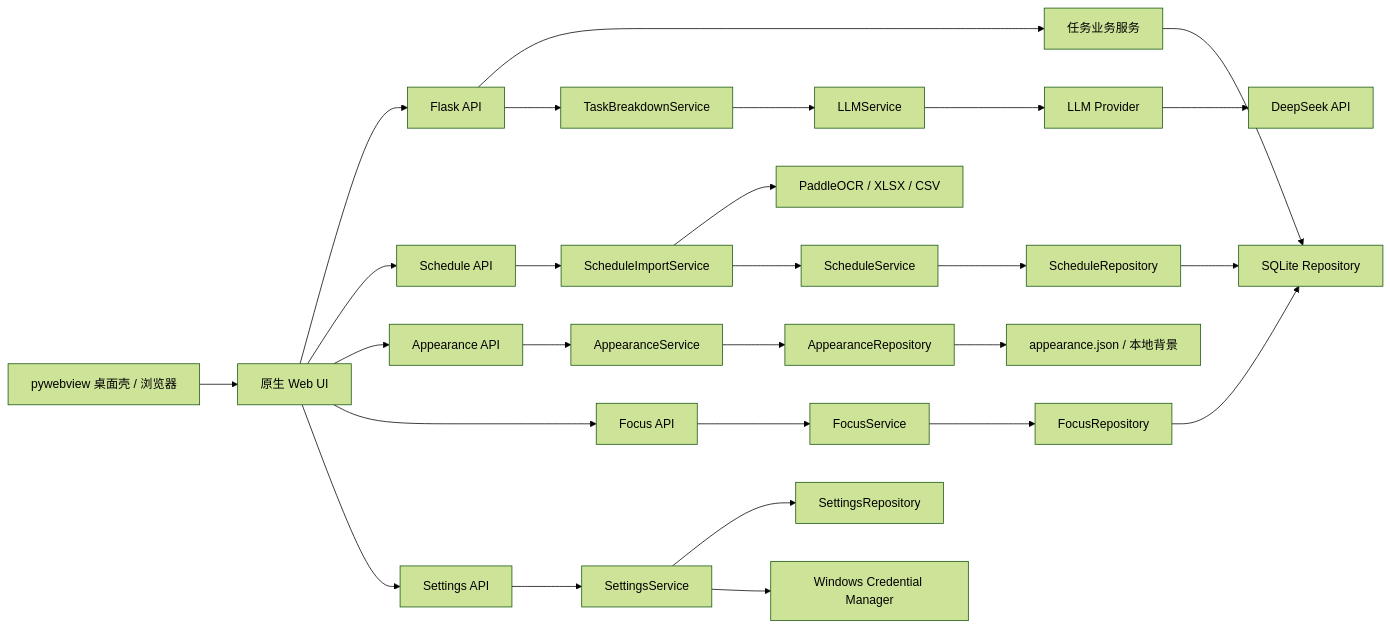
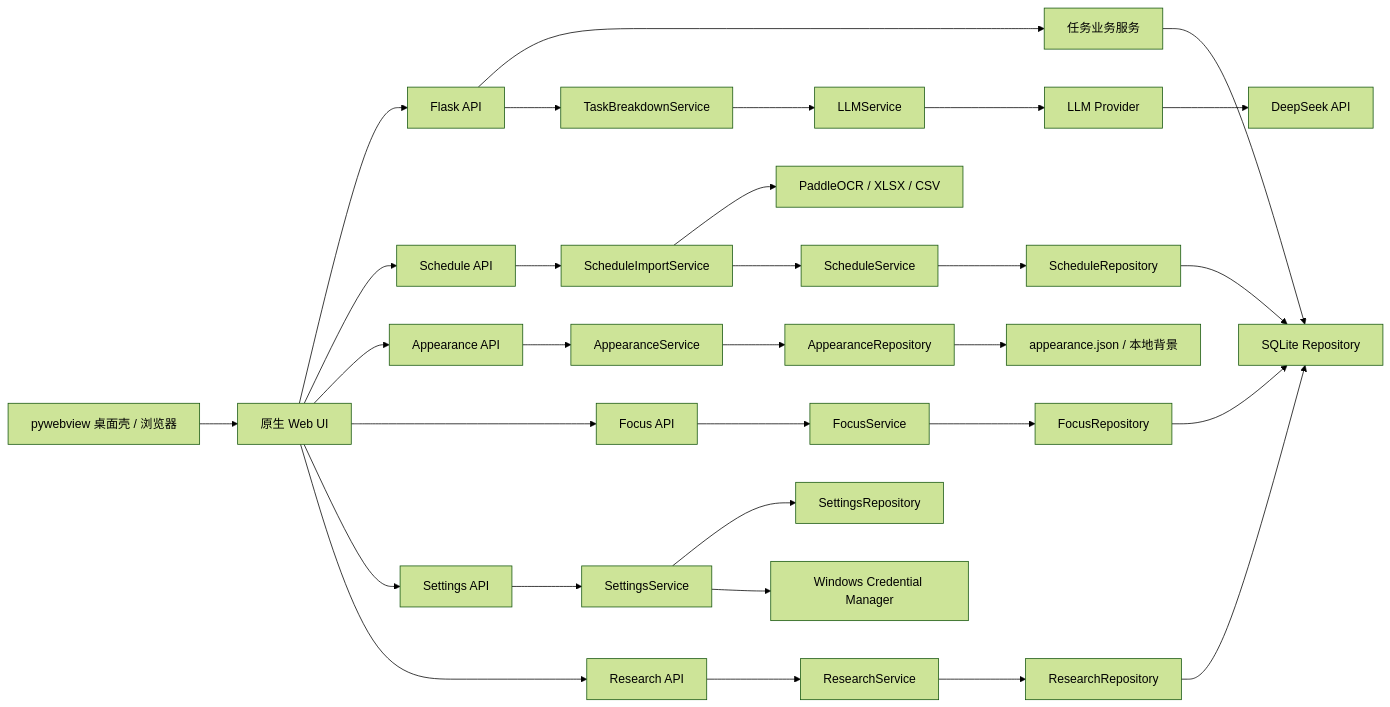
Before and after one commit to coronaBorealis/Yantu: the first of 5 diagrams in docs/architecture.md, drawn with Mermaid (forest theme). The commit also changed other lines of this file and 27 other files, not shown here.

````diff
--- a/docs/architecture.md
+++ b/docs/architecture.md
@@ -7,29 +7,33 @@
 ```mermaid
 flowchart LR
     SHELL["pywebview 桌面壳 / 浏览器"] --> UI["原生 Web UI"]
     UI --> API["Flask API"]
     API --> TASK["任务业务服务"]
     TASK --> DB["SQLite Repository"]
     API --> BREAKDOWN["TaskBreakdownService"]
     BREAKDOWN --> FACADE["LLMService"]
     FACADE --> PROVIDER["LLM Provider"]
     PROVIDER --> DS["DeepSeek API"]
     UI --> SCHEDULE_API["Schedule API"]
     SCHEDULE_API --> IMPORT["ScheduleImportService"]
     IMPORT --> OCR["PaddleOCR / XLSX / CSV"]
     IMPORT --> SCHEDULE_SERVICE["ScheduleService"]
     SCHEDULE_SERVICE --> SCHEDULE_REPO["ScheduleRepository"]
     SCHEDULE_REPO --> DB
     UI --> APPEARANCE_API["Appearance API"]
     APPEARANCE_API --> APPEARANCE_SERVICE["AppearanceService"]
     APPEARANCE_SERVICE --> APPEARANCE_REPO["AppearanceRepository"]
     APPEARANCE_REPO --> FILES["appearance.json / 本地背景"]
     UI --> FOCUS_API["Focus API"]
     FOCUS_API --> FOCUS_SERVICE["FocusService"]
     FOCUS_SERVICE --> FOCUS_REPO["FocusRepository"]
     FOCUS_REPO --> DB
     UI --> SETTINGS_API["Settings API"]
     SETTINGS_API --> SETTINGS_SERVICE["SettingsService"]
     SETTINGS_SERVICE --> SETTINGS_REPO["SettingsRepository"]
     SETTINGS_SERVICE --> VAULT["Windows Credential Manager"]
+    UI --> RESEARCH_API["Research API"]
+    RESEARCH_API --> RESEARCH_SERVICE["ResearchService"]
+    RESEARCH_SERVICE --> RESEARCH_REPO["ResearchRepository"]
+    RESEARCH_REPO --> DB
 ```
````
